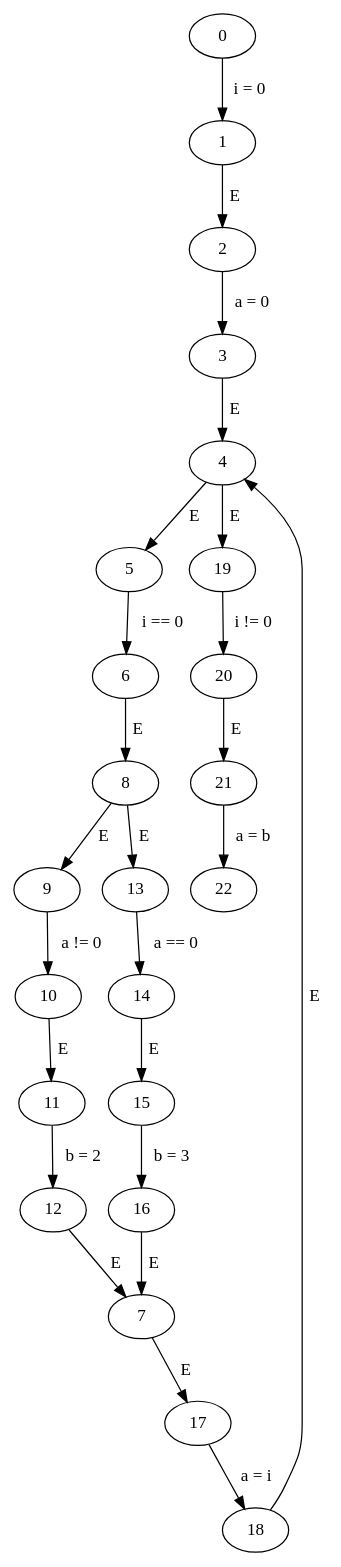
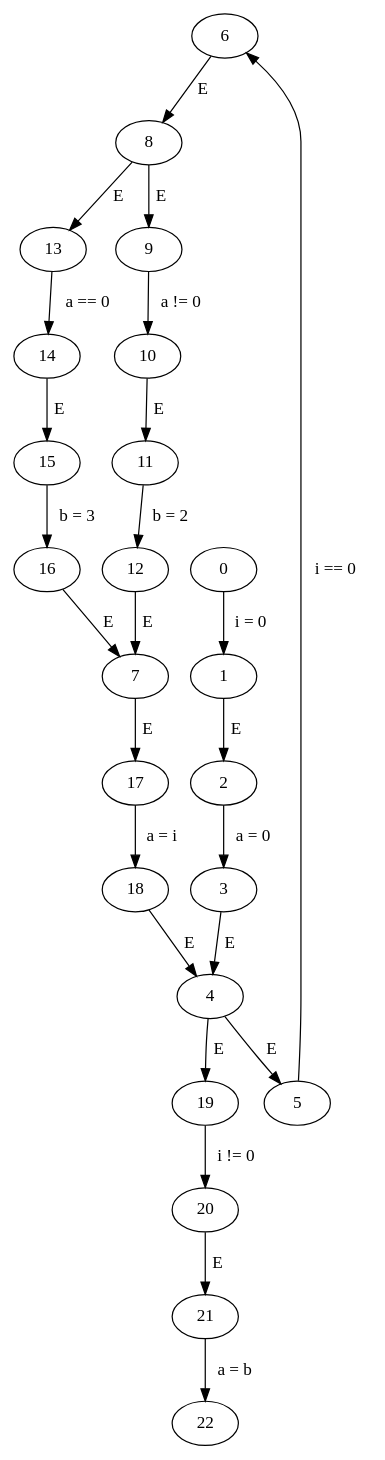
The diagram in code/graphs/while/while.gv (Harman309/project6), drawn with Graphviz before and after one commit. The commit also changed other lines of this file and 15 other files, not shown here.

```diff
--- a/code/graphs/while/while.gv
+++ b/code/graphs/while/while.gv
@@ -1,27 +1,27 @@
 // while
 digraph {
+	6 -> 8 [label=" E "]
+	20 -> 21 [label=" E "]
+	1 -> 2 [label=" E "]
+	10 -> 11 [label=" E "]
+	8 -> 9 [label=" E "]
+	0 -> 1 [label=" i = 0 "]
+	13 -> 14 [label=" a == 0 "]
+	4 -> 19 [label=" E "]
+	9 -> 10 [label=" a != 0 "]
+	3 -> 4 [label=" E "]
+	8 -> 13 [label=" E "]
 	4 -> 5 [label=" E "]
-	3 -> 4 [label=" E "]
-	9 -> 10 [label=" a != 0 "]
+	7 -> 17 [label=" E "]
+	16 -> 7 [label=" E "]
 	5 -> 6 [label=" i == 0 "]
+	19 -> 20 [label=" i != 0 "]
 	15 -> 16 [label=" b = 3 "]
+	2 -> 3 [label=" a = 0 "]
+	12 -> 7 [label=" E "]
+	18 -> 4 [label=" E "]
 	17 -> 18 [label=" a = i "]
-	2 -> 3 [label=" a = 0 "]
-	8 -> 9 [label=" E "]
+	21 -> 22 [label=" a = b "]
+	14 -> 15 [label=" E "]
 	11 -> 12 [label=" b = 2 "]
-	1 -> 2 [label=" E "]
-	7 -> 17 [label=" E "]
-	10 -> 11 [label=" E "]
-	4 -> 19 [label=" E "]
-	0 -> 1 [label=" i = 0 "]
-	18 -> 4 [label=" E "]
-	19 -> 20 [label=" i != 0 "]
-	20 -> 21 [label=" E "]
-	16 -> 7 [label=" E "]
-	12 -> 7 [label=" E "]
-	21 -> 22 [label=" a = b "]
-	6 -> 8 [label=" E "]
-	8 -> 13 [label=" E "]
-	13 -> 14 [label=" a == 0 "]
-	14 -> 15 [label=" E "]
 }
```
